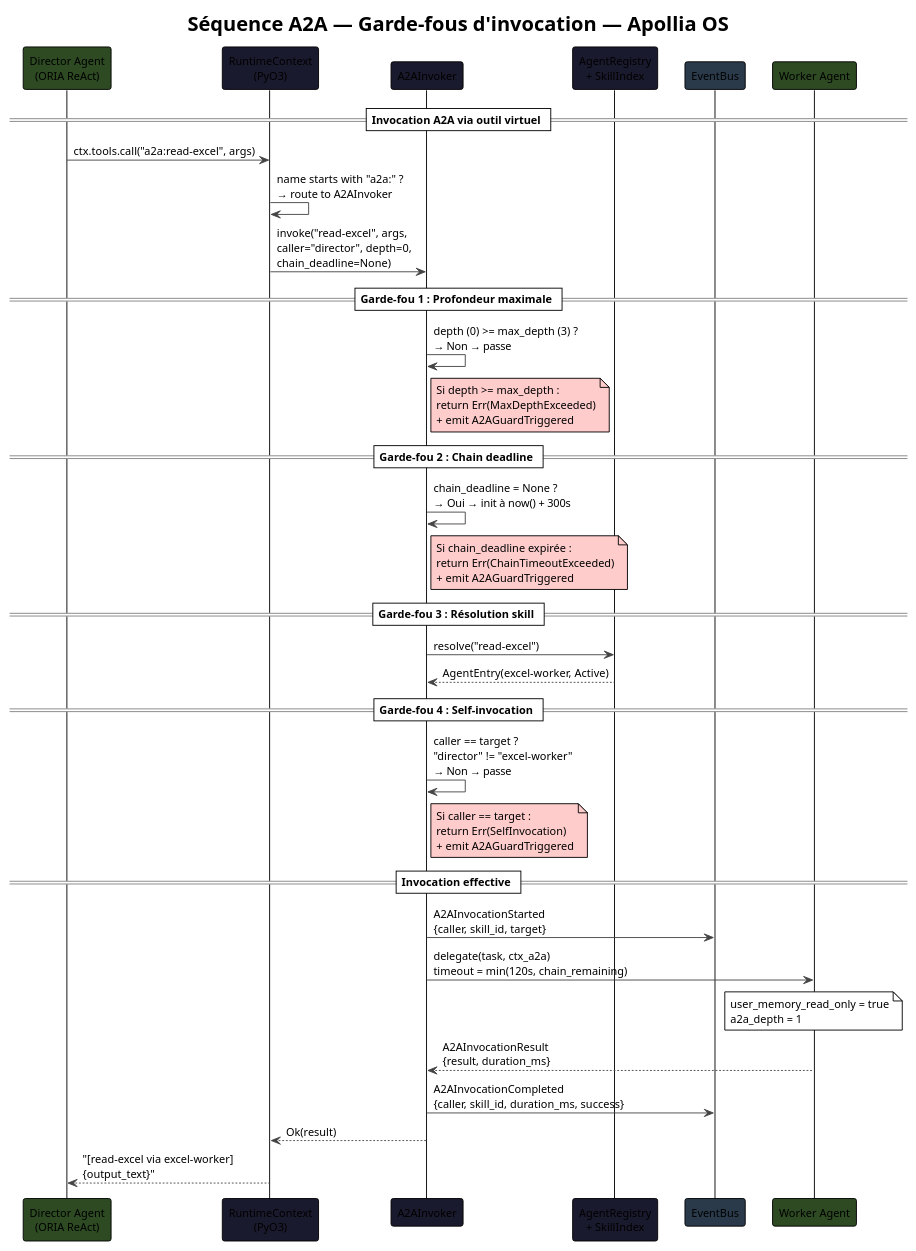
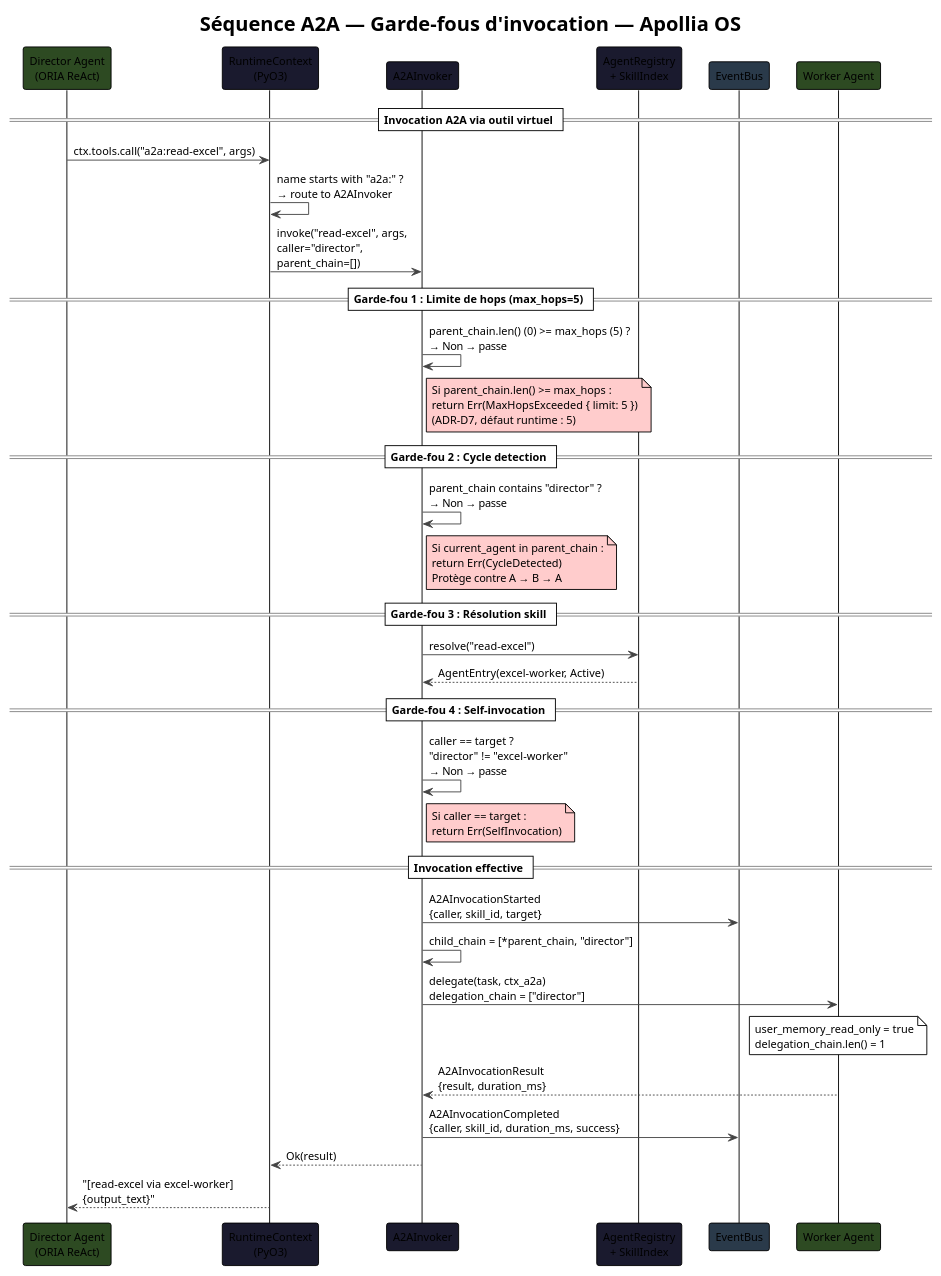
The diagram in docs/diagrams/seq-a2a-guards.puml (nidal-z/apollia-os), drawn with PlantUML before and after one commit. The commit also changed 50 other files, not shown here.

```diff
--- a/docs/diagrams/seq-a2a-guards.puml
+++ b/docs/diagrams/seq-a2a-guards.puml
@@ -1,70 +1,70 @@
 @startuml seq-a2a-guards
 !theme plain
 skinparam backgroundColor #FFFFFF
 skinparam defaultFontName "JetBrains Mono"
 skinparam defaultFontSize 12
 skinparam ArrowColor #444444
 skinparam BorderColor #444444
 title Séquence A2A — Garde-fous d'invocation — Apollia OS
 
 participant "Director Agent\n(ORIA ReAct)" as director #2d4a22
 participant "RuntimeContext\n(PyO3)" as ctx #1a1a2e
 participant "A2AInvoker" as invoker #1a1a2e
 participant "AgentRegistry\n+ SkillIndex" as reg #1a1a2e
 participant "EventBus" as bus #2a3a4a
 participant "Worker Agent" as worker #2d4a22
 
 == Invocation A2A via outil virtuel ==
 
 director -> ctx : ctx.tools.call("a2a:read-excel", args)
 ctx -> ctx : name starts with "a2a:" ?\n→ route to A2AInvoker
 
-ctx -> invoker : invoke("read-excel", args,\ncaller="director", depth=0,\nchain_deadline=None)
+ctx -> invoker : invoke("read-excel", args,\ncaller="director",\nparent_chain=[])
 
-== Garde-fou 1 : Profondeur maximale ==
+== Garde-fou 1 : Limite de hops (max_hops=5) ==
 
-invoker -> invoker : depth (0) >= max_depth (3) ?\n→ Non → passe
+invoker -> invoker : parent_chain.len() (0) >= max_hops (5) ?\n→ Non → passe
 note right of invoker #FFCCCC
-  Si depth >= max_depth :
-  return Err(MaxDepthExceeded)
-  + emit A2AGuardTriggered
+  Si parent_chain.len() >= max_hops :
+  return Err(MaxHopsExceeded { limit: 5 })
+  (ADR-D7, défaut runtime : 5)
 end note
 
-== Garde-fou 2 : Chain deadline ==
+== Garde-fou 2 : Cycle detection ==
 
-invoker -> invoker : chain_deadline = None ?\n→ Oui → init à now() + 300s
+invoker -> invoker : parent_chain contains "director" ?\n→ Non → passe
 note right of invoker #FFCCCC
-  Si chain_deadline expirée :
-  return Err(ChainTimeoutExceeded)
-  + emit A2AGuardTriggered
+  Si current_agent in parent_chain :
+  return Err(CycleDetected)
+  Protège contre A → B → A
 end note
 
 == Garde-fou 3 : Résolution skill ==
 
 invoker -> reg : resolve("read-excel")
 reg --> invoker : AgentEntry(excel-worker, Active)
 
 == Garde-fou 4 : Self-invocation ==
 
 invoker -> invoker : caller == target ?\n"director" != "excel-worker"\n→ Non → passe
 note right of invoker #FFCCCC
   Si caller == target :
   return Err(SelfInvocation)
-  + emit A2AGuardTriggered
 end note
 
 == Invocation effective ==
 
 invoker -> bus : A2AInvocationStarted\n{caller, skill_id, target}
 
-invoker -> worker : delegate(task, ctx_a2a)\ntimeout = min(120s, chain_remaining)
-note over worker : user_memory_read_only = true\na2a_depth = 1
+invoker -> invoker : child_chain = [*parent_chain, "director"]
+invoker -> worker : delegate(task, ctx_a2a)\ndelegation_chain = ["director"]
+note over worker : user_memory_read_only = true\ndelegation_chain.len() = 1
 
 worker --> invoker : A2AInvocationResult\n{result, duration_ms}
 
 invoker -> bus : A2AInvocationCompleted\n{caller, skill_id, duration_ms, success}
 
 invoker --> ctx : Ok(result)
 ctx --> director : "[read-excel via excel-worker]\n{output_text}"
 
 @enduml
```
